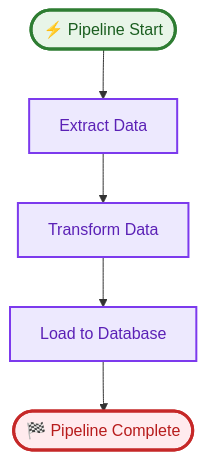
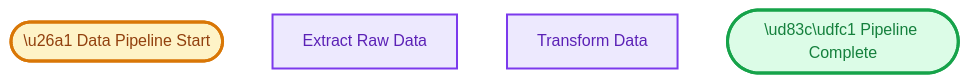
Before and after one commit to pjt222/putior: the fifth of 14 diagrams in README.md, drawn with Mermaid. The commit also changed other lines of this file and 3 other files, not shown here.

````diff
--- a/README.md
+++ b/README.md
@@ -268,20 +274,16 @@
 ```mermaid
 flowchart TD
-    start([⚡ Pipeline Start])
-    extract[Extract Data]
-    transform[Transform Data]
-    load[Load to Database]
-    end_node([🏁 Pipeline Complete])
-    
-    start --> extract
-    extract --> transform
-    transform --> load
-    load --> end_node
-    
-    classDef startStyle fill:#e8f5e8,stroke:#2e7d32,stroke-width:3px,color:#1b5e20
+    pipeline_start([\u26a1 Data Pipeline Start])
+    extract_data[Extract Raw Data]
+    transform_data[Transform Data]
+    pipeline_end([\ud83c\udfc1 Pipeline Complete])
+
+    %% Styling
     classDef processStyle fill:#ede9fe,stroke:#7c3aed,stroke-width:2px,color:#5b21b6
-    classDef endStyle fill:#ffebee,stroke:#c62828,stroke-width:3px,color:#b71c1c
-    class start startStyle
-    class extract,transform,load processStyle
-    class end_node endStyle
+    class extract_data processStyle
+    class transform_data processStyle
+    classDef startStyle fill:#fef3c7,stroke:#d97706,stroke-width:3px,color:#92400e
+    class pipeline_start startStyle
+    classDef endStyle fill:#dcfce7,stroke:#16a34a,stroke-width:3px,color:#15803d
+    class pipeline_end endStyle
 ```
````
